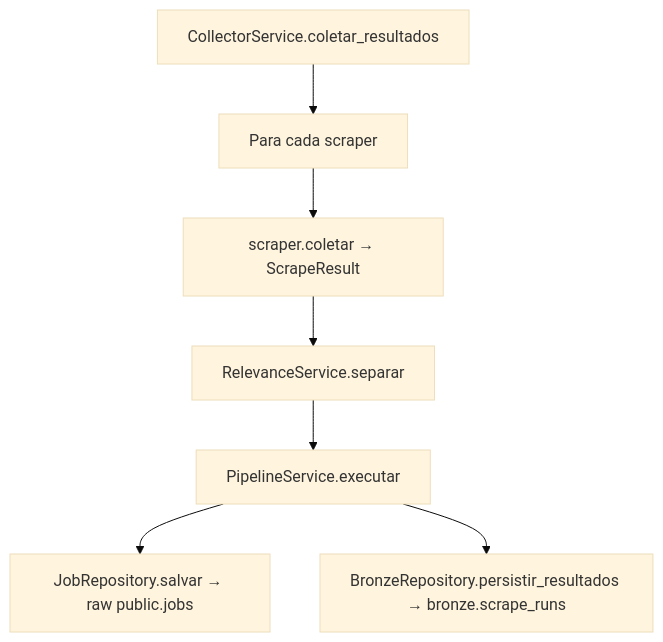
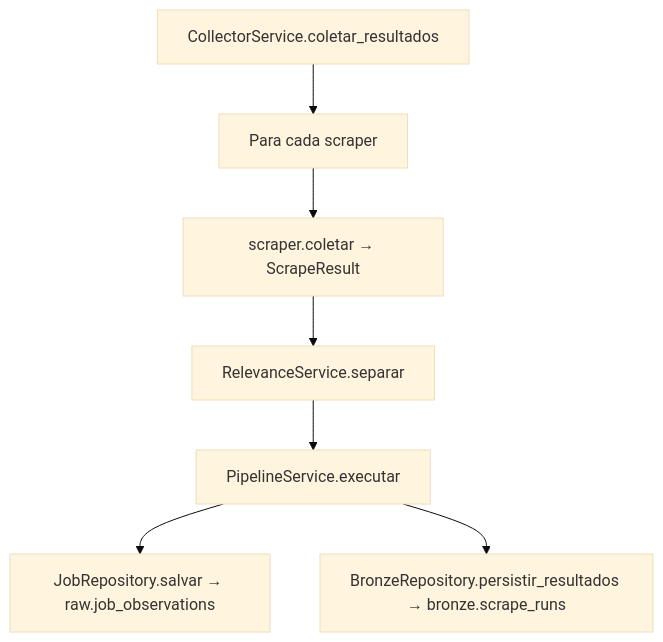
Before and after one commit to Willian-Cruz/hub_vagas: the second of 3 diagrams in ARCHITECTURE.md, drawn with Mermaid (base theme). The commit also changed other lines of this file and 12 other files, not shown here.

````diff
--- a/ARCHITECTURE.md
+++ b/ARCHITECTURE.md
@@ -114,9 +115,9 @@
 ```mermaid
 flowchart TD
     A[CollectorService.coletar_resultados] --> B[Para cada scraper]
     B --> C[scraper.coletar → ScrapeResult]
     C --> D[RelevanceService.separar]
     D --> E[PipelineService.executar]
-    E --> F[JobRepository.salvar → raw public.jobs]
-    E --> G[BronzeRepository.persistir_resultados → bronze.scrape_runs]
+E --> F[JobRepository.salvar → raw.job_observations]
+E --> G[BronzeRepository.persistir_resultados → bronze.scrape_runs]
 ```
````
